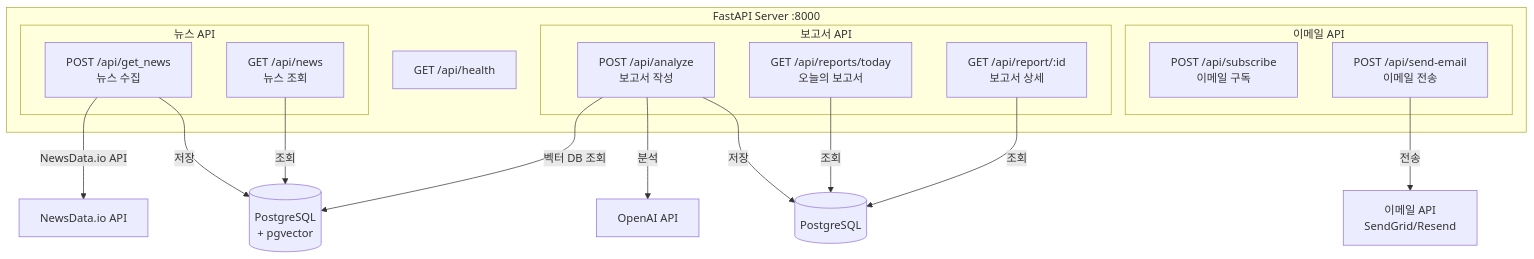
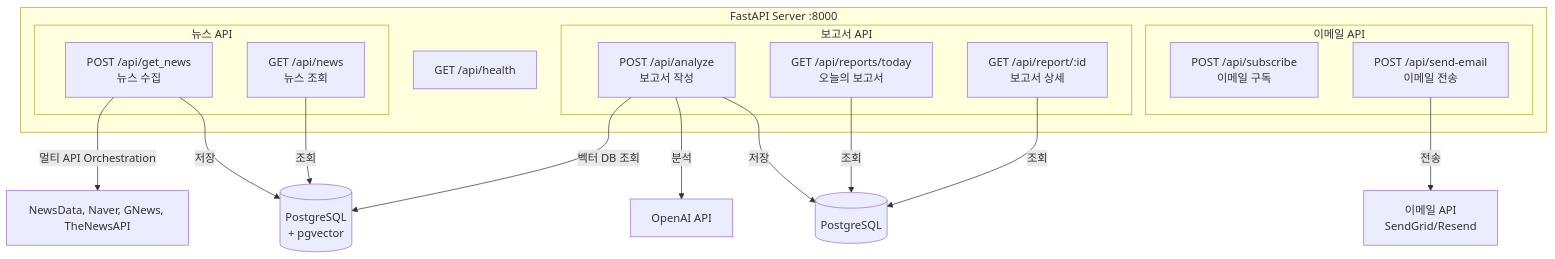
One commit to EduungEee/jtj changed the seventh of 18 diagrams in DIAGRAM.md. Above: the diagram before and after it, drawn with Mermaid. The commit also changed other lines of this file and 7 other files, not shown here.

Commit message:
feat: ochestration news apis

````diff
--- a/DIAGRAM.md
+++ b/DIAGRAM.md
@@ -190,32 +201,32 @@
 ```mermaid
 graph TB
     subgraph "FastAPI Server :8000"
         Health[GET /api/health]
         
         subgraph "뉴스 API"
             GetNews[POST /api/get_news<br/>뉴스 수집]
             NewsList[GET /api/news<br/>뉴스 조회]
         end
         
         subgraph "보고서 API"
             Analyze[POST /api/analyze<br/>보고서 작성]
             ReportsToday[GET /api/reports/today<br/>오늘의 보고서]
             ReportDetail[GET /api/report/:id<br/>보고서 상세]
         end
         
         subgraph "이메일 API"
             Subscribe[POST /api/subscribe<br/>이메일 구독]
             SendEmail[POST /api/send-email<br/>이메일 전송]
         end
     end
 
-    GetNews -->|NewsData.io API| NewsData[NewsData.io API]
+    GetNews -->|멀티 API Orchestration| ExternalAPIs[NewsData, Naver, GNews, TheNewsAPI]
     GetNews -->|저장| DB1[(PostgreSQL<br/>+ pgvector)]
     NewsList -->|조회| DB1
     Analyze -->|벡터 DB 조회| DB1
     Analyze -->|분석| OpenAI[OpenAI API]
     Analyze -->|저장| DB2[(PostgreSQL)]
     ReportsToday -->|조회| DB2
     ReportDetail -->|조회| DB2
     SendEmail -->|전송| EmailAPI[이메일 API<br/>SendGrid/Resend]
 ```
````
